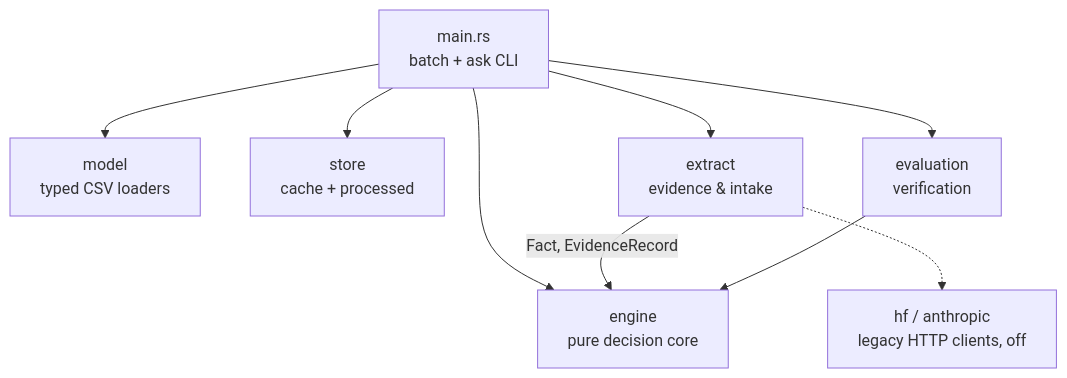
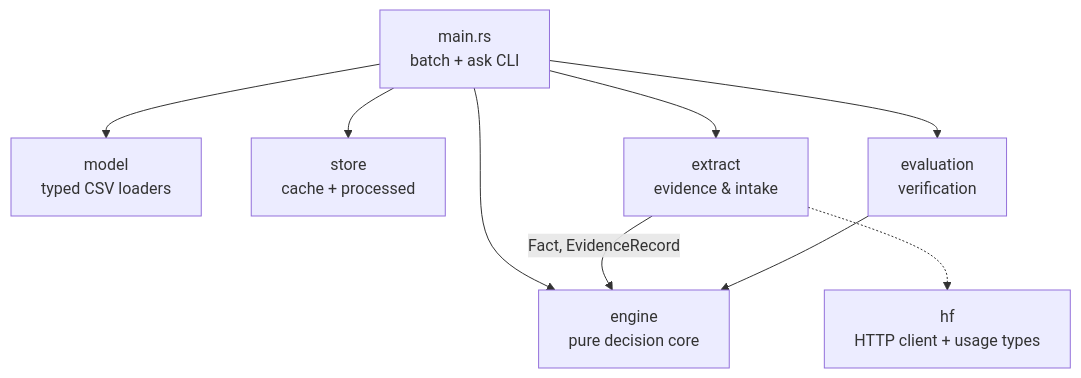
Before and after one commit to JSBtechnologies/buy-or-wait: the second of 7 diagrams in docs/architecture/ARCHITECTURE.md, drawn with Mermaid. The commit also changed other lines of this file and 2 other files, not shown here.

First line of the commit message:
docs(architecture): reflect removal of HF VLM and Anthropic paths; revision 1f381fe

````diff
--- a/docs/architecture/ARCHITECTURE.md
+++ b/docs/architecture/ARCHITECTURE.md
@@ -41,11 +41,11 @@
 ```mermaid
 flowchart TB
   main[main.rs<br/>batch + ask CLI] --> model[model<br/>typed CSV loaders]
   main --> store[store<br/>cache + processed]
   main --> extract[extract<br/>evidence & intake]
   main --> engine[engine<br/>pure decision core]
   main --> evaluation[evaluation<br/>verification]
   extract -->|Fact, EvidenceRecord| engine
   evaluation --> engine
-  extract -.-> hf[hf / anthropic<br/>legacy HTTP clients, off]
+  extract -.-> hf[hf<br/>HTTP client + usage types]
 ```
````
